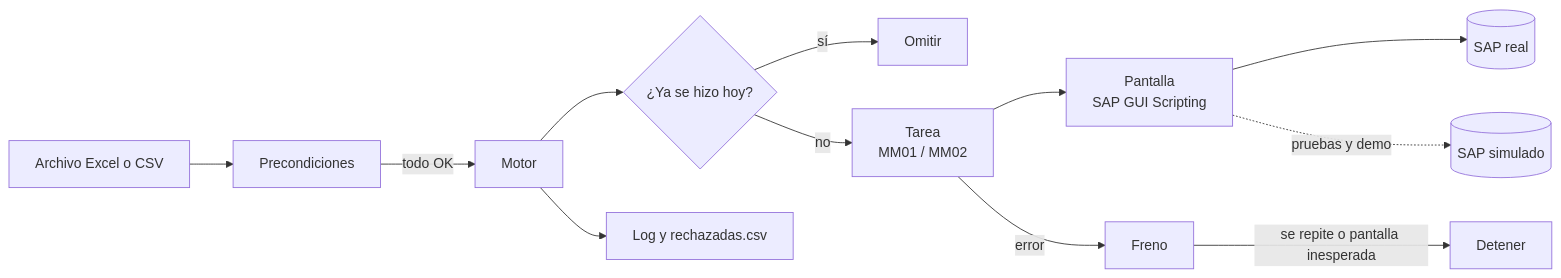
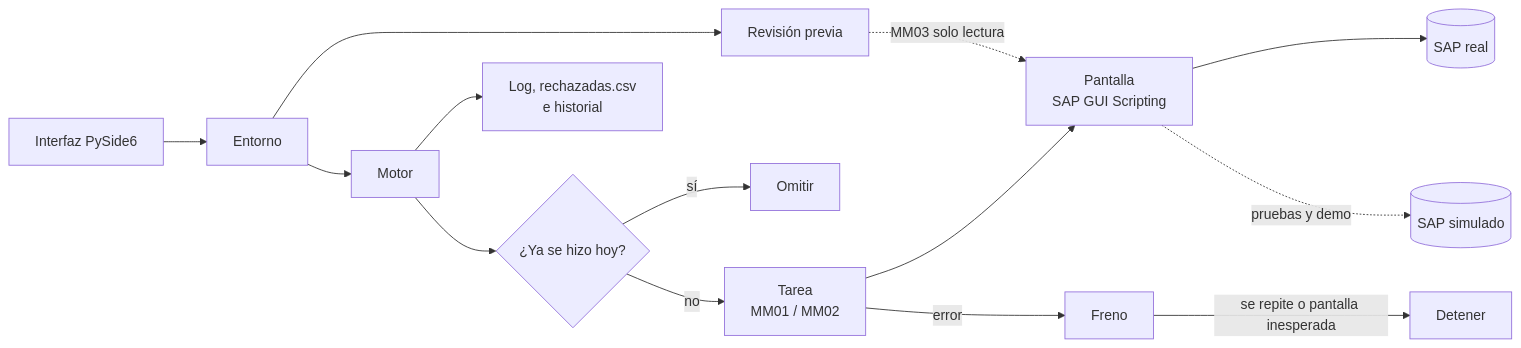
Before and after one commit to JeanPierreSP/sap-material-master-automation: the diagram in README.md, drawn with Mermaid. The commit also changed other lines of this file and 5 other files, not shown here.

````diff
--- a/README.md
+++ b/README.md
@@ -35,14 +52,16 @@
 ```mermaid
 flowchart LR
-    A[Archivo Excel o CSV] --> B[Precondiciones]
-    B -->|todo OK| C[Motor]
+    UI[Interfaz PySide6] --> E[Entorno]
+    E --> R[Revisión previa]
+    R -. MM03 solo lectura .-> G
+    E --> C[Motor]
     C --> D{¿Ya se hizo hoy?}
-    D -->|sí| E[Omitir]
+    D -->|sí| O[Omitir]
     D -->|no| F[Tarea<br/>MM01 / MM02]
     F --> G[Pantalla<br/>SAP GUI Scripting]
     G --> H[(SAP real)]
     G -. pruebas y demo .-> I[(SAP simulado)]
     F -->|error| J[Freno]
     J -->|se repite o pantalla inesperada| K[Detener]
-    C --> L[Log y rechazadas.csv]
+    C --> L[Log, rechazadas.csv<br/>e historial]
 ```
````
